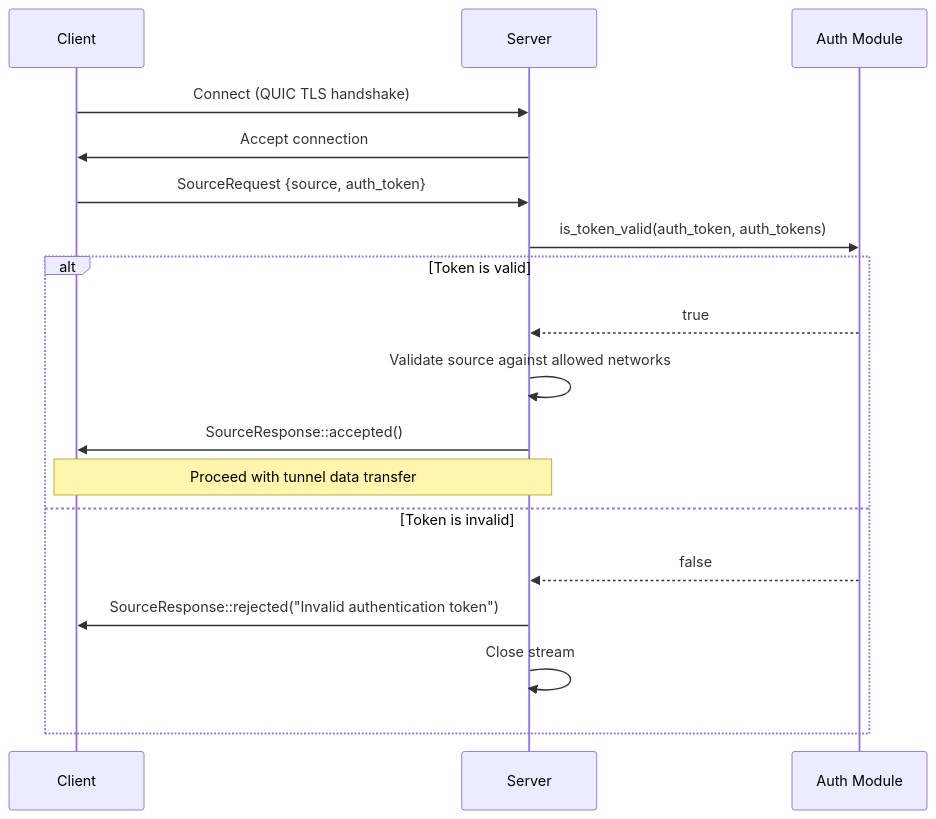
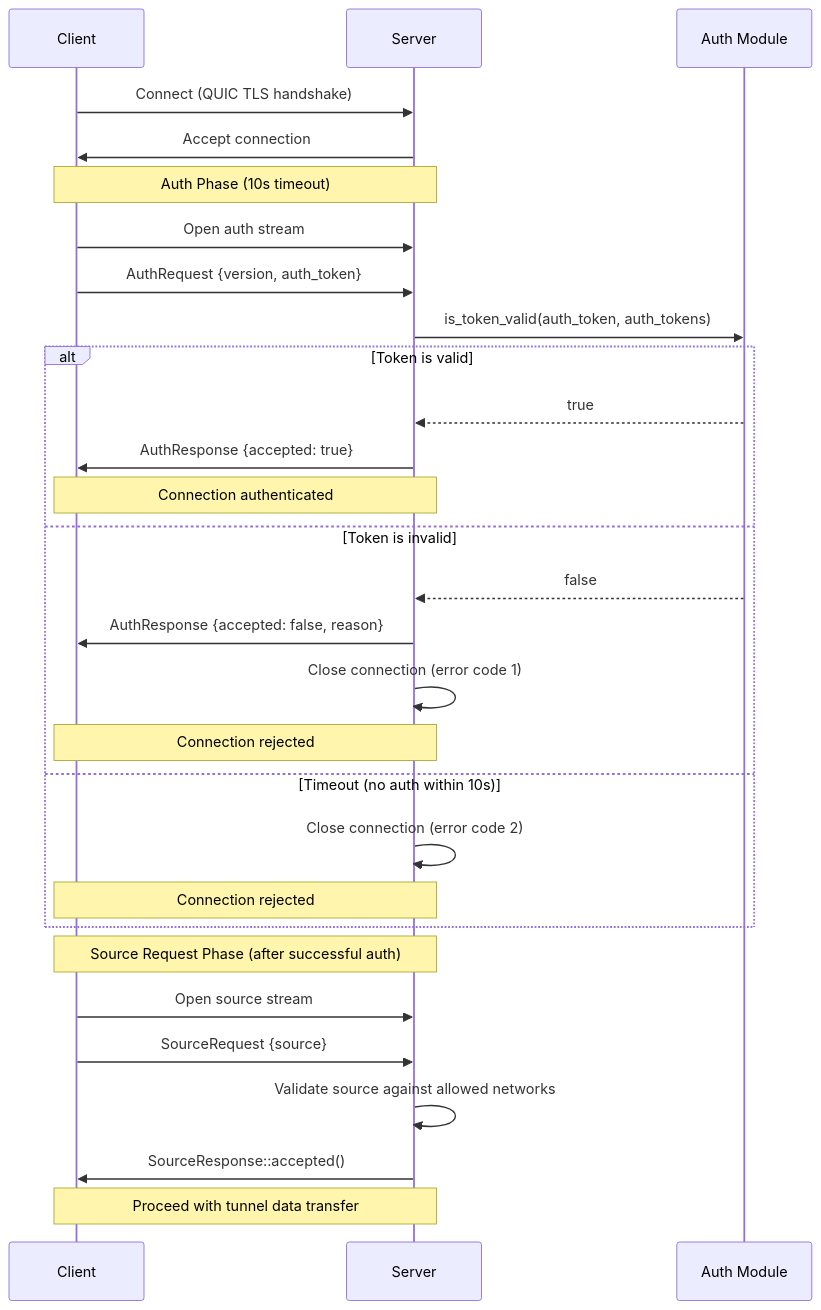
Diagram 27 of 35 in docs/ARCHITECTURE.md (andrewtheguy/vpn-rs), drawn with Mermaid before and after one commit. The commit also changed other lines of this file, not shown here.

Commit message:
feat: enhance iroh mode authentication flow with dedicated auth stream and timeout handling

````diff
--- a/docs/ARCHITECTURE.md
+++ b/docs/ARCHITECTURE.md
@@ -1118,21 +1135,34 @@
 ```mermaid
 sequenceDiagram
     participant C as Client
     participant S as Server
     participant A as Auth Module
 
     C->>S: Connect (QUIC TLS handshake)
     S->>C: Accept connection
-    C->>S: SourceRequest {source, auth_token}
+
+    Note over C,S: Auth Phase (10s timeout)
+    C->>S: Open auth stream
+    C->>S: AuthRequest {version, auth_token}
     S->>A: is_token_valid(auth_token, auth_tokens)
     alt Token is valid
         A-->>S: true
-        S->>S: Validate source against allowed networks
-        S->>C: SourceResponse::accepted()
-        Note over S,C: Proceed with tunnel data transfer
+        S->>C: AuthResponse {accepted: true}
+        Note over S,C: Connection authenticated
     else Token is invalid
         A-->>S: false
-        S->>C: SourceResponse::rejected("Invalid authentication token")
-        S->>S: Close stream
+        S->>C: AuthResponse {accepted: false, reason}
+        S->>S: Close connection (error code 1)
+        Note over S,C: Connection rejected
+    else Timeout (no auth within 10s)
+        S->>S: Close connection (error code 2)
+        Note over S,C: Connection rejected
     end
+
+    Note over C,S: Source Request Phase (after successful auth)
+    C->>S: Open source stream
+    C->>S: SourceRequest {source}
+    S->>S: Validate source against allowed networks
+    S->>C: SourceResponse::accepted()
+    Note over S,C: Proceed with tunnel data transfer
 ```
````
